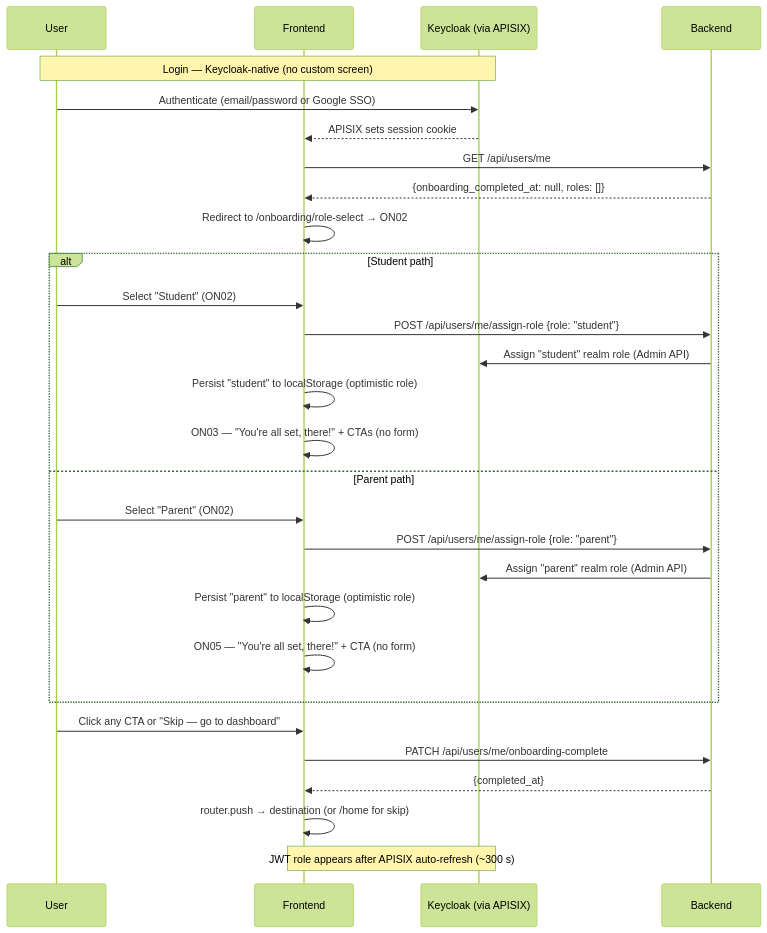
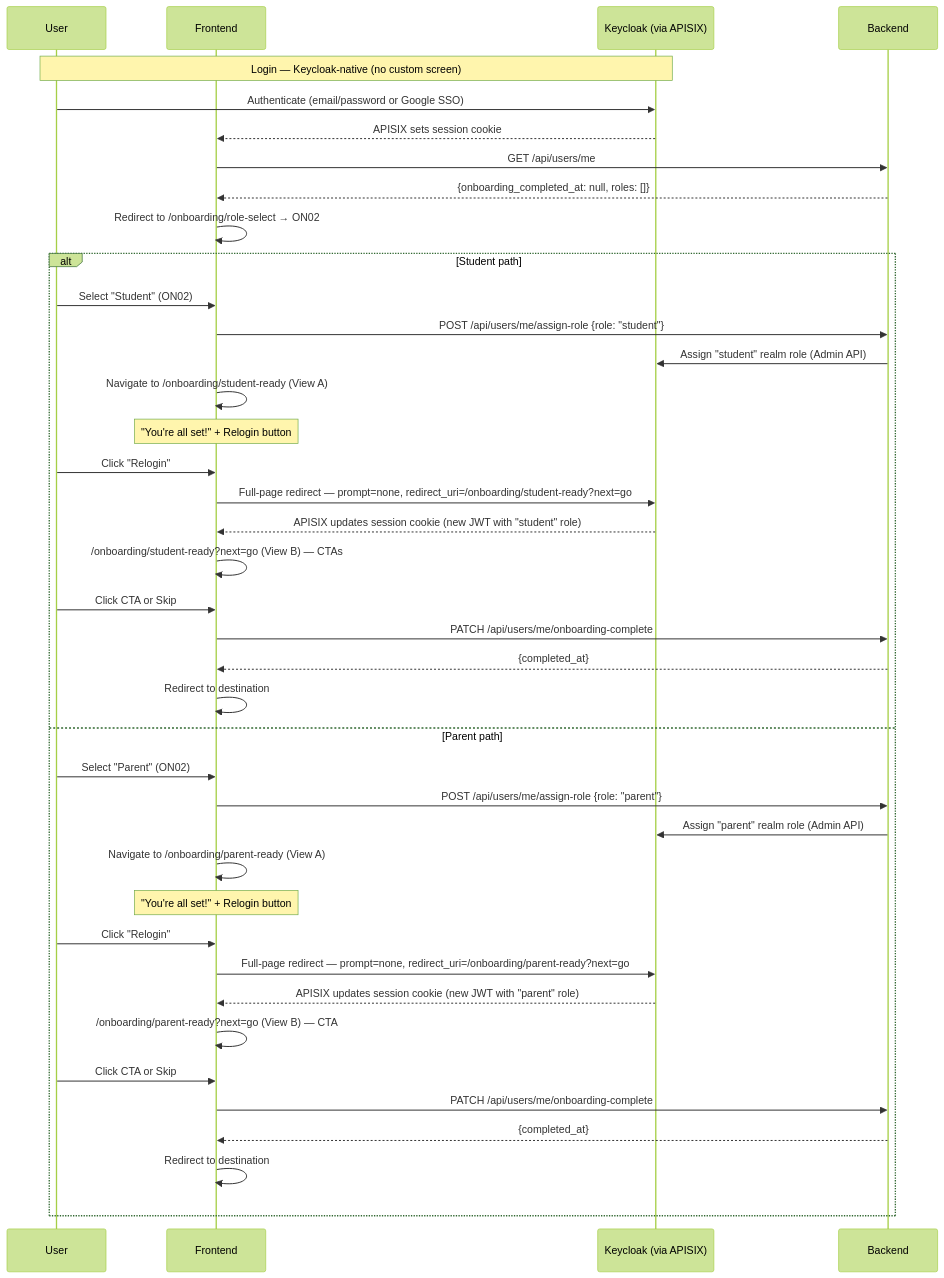
Before and after one commit to code-sss/haisir-specs: the diagram in target/requirements/09_onboarding.md, drawn with Mermaid (forest theme). The commit also changed other lines of this file and 7 other files, not shown here.

Commit message:
onboarding relogin logic

````diff
--- a/target/requirements/09_onboarding.md
+++ b/target/requirements/09_onboarding.md
@@ -22,35 +22,45 @@
 ```mermaid
 sequenceDiagram
     participant U as User
     participant FE as Frontend
     participant K as Keycloak (via APISIX)
     participant BE as Backend
 
     Note over U,K: Login — Keycloak-native (no custom screen)
     U->>K: Authenticate (email/password or Google SSO)
     K-->>FE: APISIX sets session cookie
 
     FE->>BE: GET /api/users/me
     BE-->>FE: {onboarding_completed_at: null, roles: []}
     FE->>FE: Redirect to /onboarding/role-select → ON02
 
     alt Student path
         U->>FE: Select "Student" (ON02)
         FE->>BE: POST /api/users/me/assign-role {role: "student"}
         BE->>K: Assign "student" realm role (Admin API)
-        FE->>FE: Persist "student" to localStorage (optimistic role)
-        FE->>FE: ON03 — "You're all set, there!" + CTAs (no form)
+        FE->>FE: Navigate to /onboarding/student-ready (View A)
+        Note over FE: "You're all set!" + Relogin button
+        U->>FE: Click "Relogin"
+        FE->>K: Full-page redirect — prompt=none, redirect_uri=/onboarding/student-ready?next=go
+        K-->>FE: APISIX updates session cookie (new JWT with "student" role)
+        FE->>FE: /onboarding/student-ready?next=go (View B) — CTAs
+        U->>FE: Click CTA or Skip
+        FE->>BE: PATCH /api/users/me/onboarding-complete
+        BE-->>FE: {completed_at}
+        FE->>FE: Redirect to destination
     else Parent path
         U->>FE: Select "Parent" (ON02)
         FE->>BE: POST /api/users/me/assign-role {role: "parent"}
         BE->>K: Assign "parent" realm role (Admin API)
-        FE->>FE: Persist "parent" to localStorage (optimistic role)
-        FE->>FE: ON05 — "You're all set, there!" + CTA (no form)
+        FE->>FE: Navigate to /onboarding/parent-ready (View A)
+        Note over FE: "You're all set!" + Relogin button
+        U->>FE: Click "Relogin"
+        FE->>K: Full-page redirect — prompt=none, redirect_uri=/onboarding/parent-ready?next=go
+        K-->>FE: APISIX updates session cookie (new JWT with "parent" role)
+        FE->>FE: /onboarding/parent-ready?next=go (View B) — CTA
+        U->>FE: Click CTA or Skip
+        FE->>BE: PATCH /api/users/me/onboarding-complete
+        BE-->>FE: {completed_at}
+        FE->>FE: Redirect to destination
     end
-
-    U->>FE: Click any CTA or "Skip — go to dashboard"
-    FE->>BE: PATCH /api/users/me/onboarding-complete
-    BE-->>FE: {completed_at}
-    FE->>FE: router.push → destination (or /home for skip)
-    Note over FE,K: JWT role appears after APISIX auto-refresh (~300 s)
 ```
````
